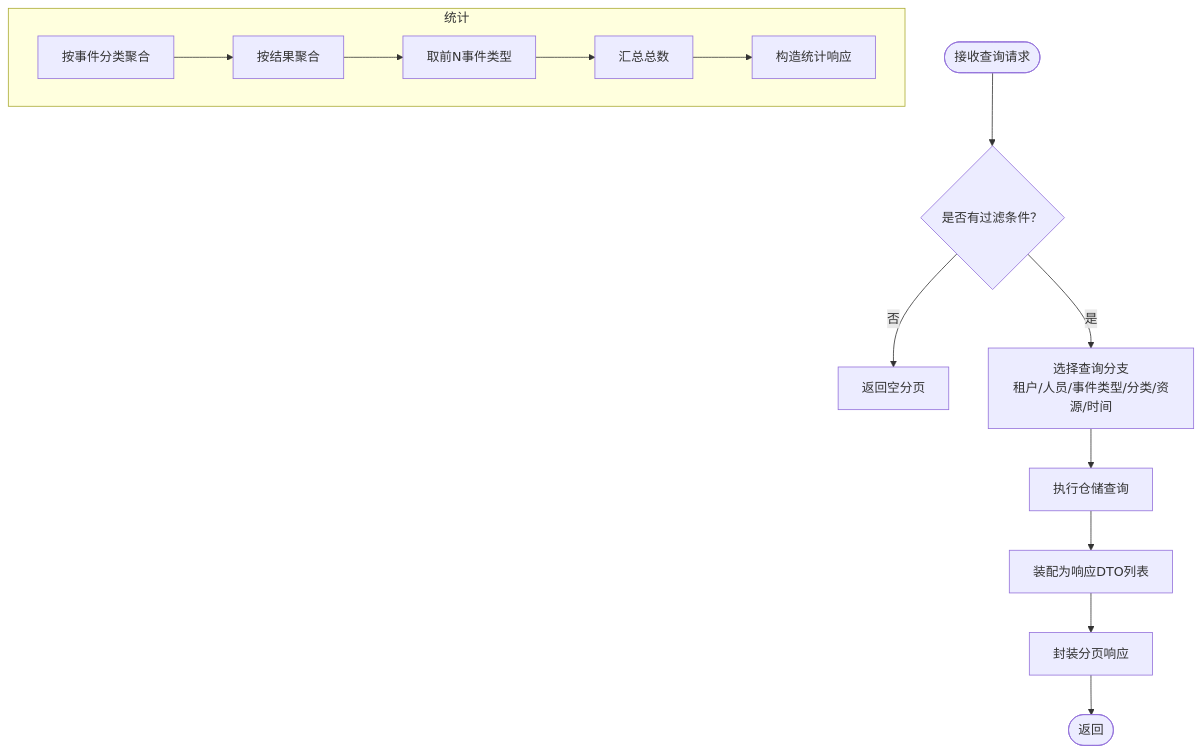
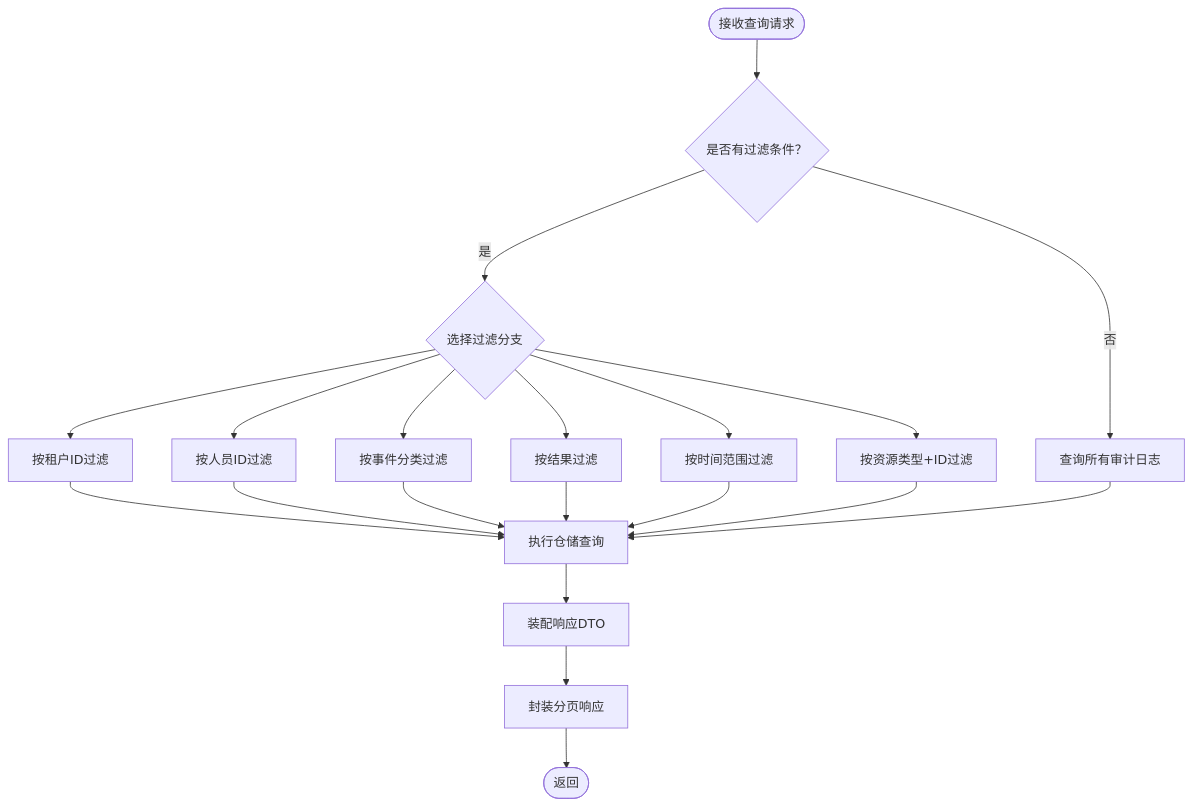
Before and after one commit to fq0121104930716/iam-platform: the fifth of 6 diagrams in .qoder/repowiki/zh/content/项目概述/项目结构/管理服务器 (iam-admin-server)/审计日志系统.md, drawn with Mermaid. The commit also changed other lines of this file and 219 other files, not shown here.

````diff
--- a/.qoder/repowiki/zh/content/项目概述/项目结构/管理服务器 (iam-admin-server)/审计日志系统.md
+++ b/.qoder/repowiki/zh/content/项目概述/项目结构/管理服务器 (iam-admin-server)/审计日志系统.md
@@ -340,16 +353,22 @@
 ```mermaid
 flowchart TD
 QStart(["接收查询请求"]) --> HasFilter{"是否有过滤条件？"}
-HasFilter --> |否| Empty["返回空分页"]
-HasFilter --> |是| Choose["选择查询分支<br/>租户/人员/事件类型/分类/资源/时间"]
-Choose --> Exec["执行仓储查询"]
-Exec --> Assemble["装配为响应DTO列表"]
-Assemble --> PageResp["封装分页响应"]
-PageResp --> QEnd(["返回"])
-subgraph "统计"
-S1["按事件分类聚合"] --> S2["按结果聚合"]
-S2 --> S3["取前N事件类型"]
-S3 --> S4["汇总总数"]
-S4 --> S5["构造统计响应"]
-end
+HasFilter --> |否| DefaultQuery["查询所有审计日志"]
+HasFilter --> |是| FilterBranch{"选择过滤分支"}
+FilterBranch --> TenantFilter["按租户ID过滤"]
+FilterBranch --> PersonFilter["按人员ID过滤"]
+FilterBranch --> CategoryFilter["按事件分类过滤"]
+FilterBranch --> ResultFilter["按结果过滤"]
+FilterBranch --> TimeFilter["按时间范围过滤"]
+FilterBranch --> ResourceFilter["按资源类型+ID过滤"]
+TenantFilter --> ExecuteQuery["执行仓储查询"]
+PersonFilter --> ExecuteQuery
+CategoryFilter --> ExecuteQuery
+ResultFilter --> ExecuteQuery
+TimeFilter --> ExecuteQuery
+ResourceFilter --> ExecuteQuery
+DefaultQuery --> ExecuteQuery
+ExecuteQuery --> AssembleResponse["装配响应DTO"]
+AssembleResponse --> PageResponse["封装分页响应"]
+PageResponse --> QEnd(["返回"])
 ```
````
